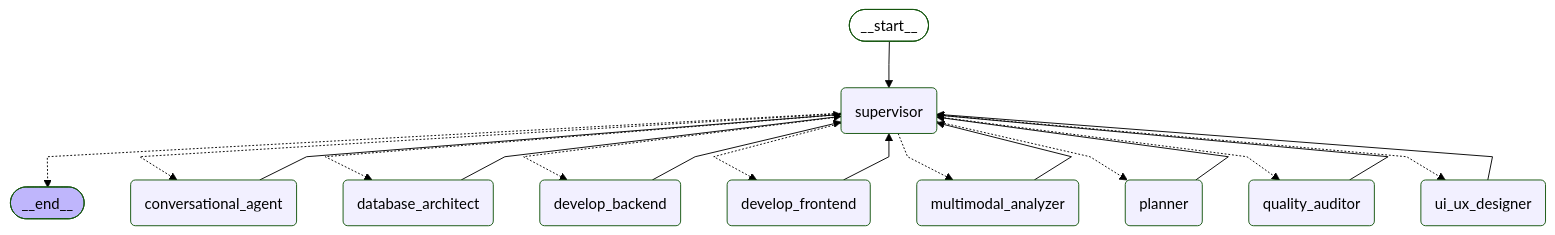
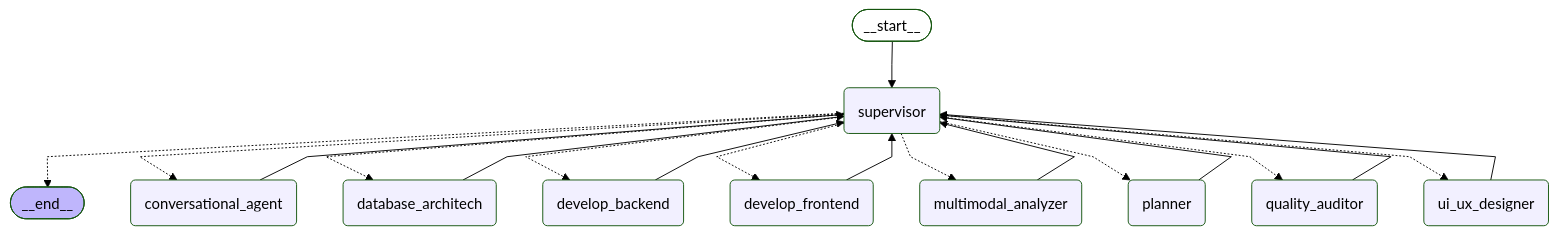
One commit to MarDamian/Dev-Team-MultiAgent-Systmem-for-Develop changed the diagram in diagrama_definicion.md. Above: the diagram before and after it, drawn with Mermaid (forest theme). The commit also changed 4 other files, not shown here.

````diff
--- a/diagrama_definicion.md
+++ b/diagrama_definicion.md
@@ -1,41 +1,41 @@
 ```mermaid
 ---
 config:
   flowchart:
     curve: linear
 ---
 graph TD;
 	__start__([<p>__start__</p>]):::first
 	supervisor(supervisor)
 	conversational_agent(conversational_agent)
 	multimodal_analyzer(multimodal_analyzer)
 	ui_ux_designer(ui_ux_designer)
 	planner(planner)
 	develop_backend(develop_backend)
 	develop_frontend(develop_frontend)
 	quality_auditor(quality_auditor)
-	database_architect(database_architect)
+	database_architech(database_architech)
 	__end__([<p>__end__</p>]):::last
 	__start__ --> supervisor;
 	conversational_agent --> supervisor;
-	database_architect --> supervisor;
+	database_architech --> supervisor;
 	develop_backend --> supervisor;
 	develop_frontend --> supervisor;
 	multimodal_analyzer --> supervisor;
 	planner --> supervisor;
 	quality_auditor --> supervisor;
 	supervisor -.-> __end__;
 	supervisor -.-> conversational_agent;
-	supervisor -.-> database_architect;
+	supervisor -.-> database_architech;
 	supervisor -.-> develop_backend;
 	supervisor -.-> develop_frontend;
 	supervisor -.-> multimodal_analyzer;
 	supervisor -.-> planner;
 	supervisor -.-> quality_auditor;
 	supervisor -.-> ui_ux_designer;
 	ui_ux_designer --> supervisor;
 	classDef default fill:#f2f0ff,line-height:1.2
 	classDef first fill-opacity:0
 	classDef last fill:#bfb6fc
 
 ```
````
